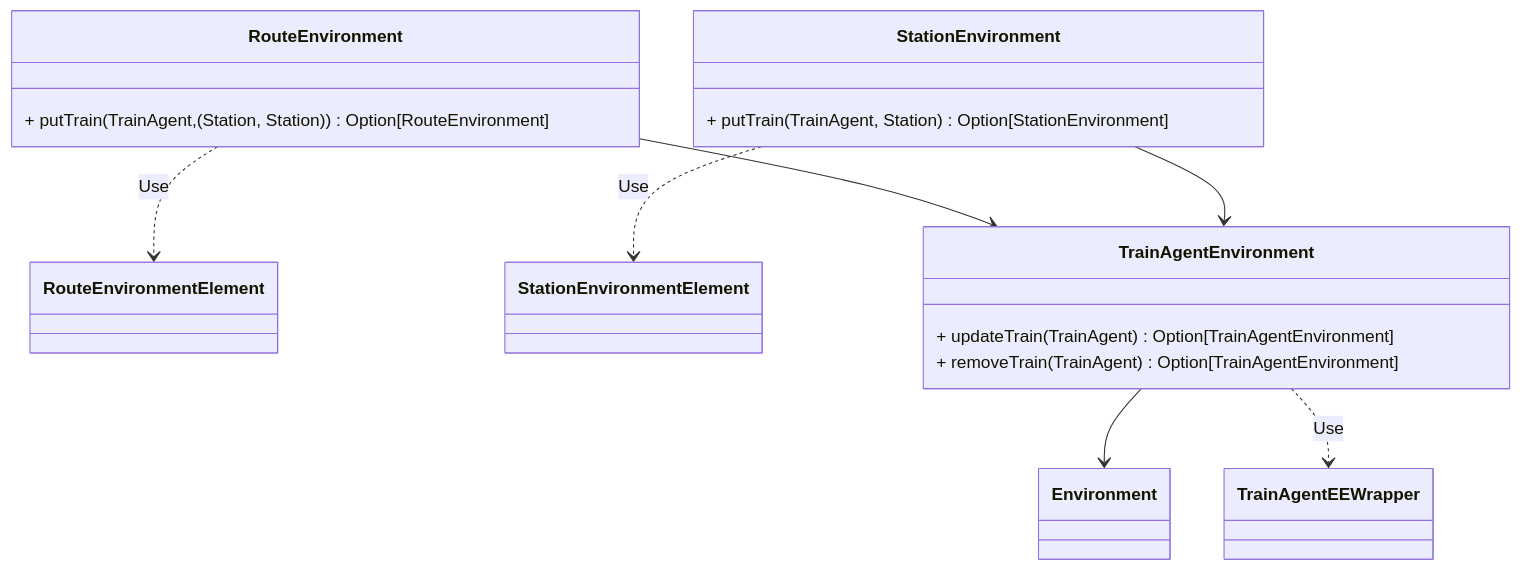
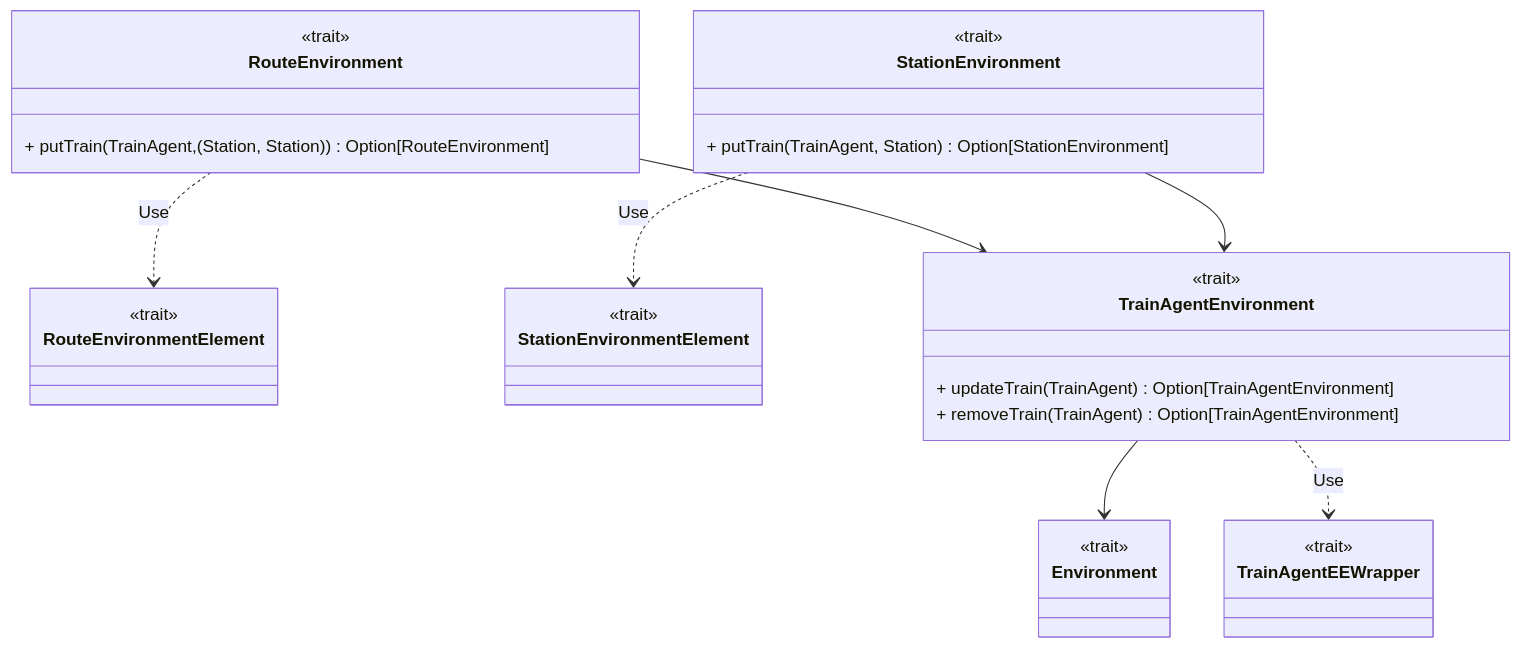
Diagram 17 of 20 in docs/report/4-details-design.md (dev-pps/pps-23-ulisse), drawn with Mermaid before and after one commit. The commit also changed other lines of this file, not shown here.

Commit message:
docs(Architecture): adjust uml

````diff
--- a/docs/report/4-details-design.md
+++ b/docs/report/4-details-design.md
@@ -847,27 +852,35 @@
 ```mermaid
 classDiagram
     direction TB
 
     class RouteEnvironmentElement
     class StationEnvironmentElement
     class TrainAgentEEWrapper
     class Environment
     class TrainAgentEnvironment {
         + updateTrain(TrainAgent) Option[TrainAgentEnvironment]
         + removeTrain(TrainAgent) Option[TrainAgentEnvironment]
     }
     class StationEnvironment {
         + putTrain(TrainAgent, Station) Option[StationEnvironment]
     }
     class RouteEnvironment {
         + putTrain(TrainAgent, (Station, Station)) Option[RouteEnvironment]
     }
 
+    <<trait>> RouteEnvironmentElement
+    <<trait>> StationEnvironmentElement
+    <<trait>> TrainAgentEEWrapper
+    <<trait>> Environment
+    <<trait>> TrainAgentEnvironment 
+    <<trait>> StationEnvironment 
+    <<trait>> RouteEnvironment 
+
     TrainAgentEnvironment --> Environment
     TrainAgentEnvironment ..> TrainAgentEEWrapper: Use
     RouteEnvironment --> TrainAgentEnvironment
     RouteEnvironment ..> RouteEnvironmentElement: Use
     StationEnvironment --> TrainAgentEnvironment
     StationEnvironment ..> StationEnvironmentElement: Use
 
 ```
````
